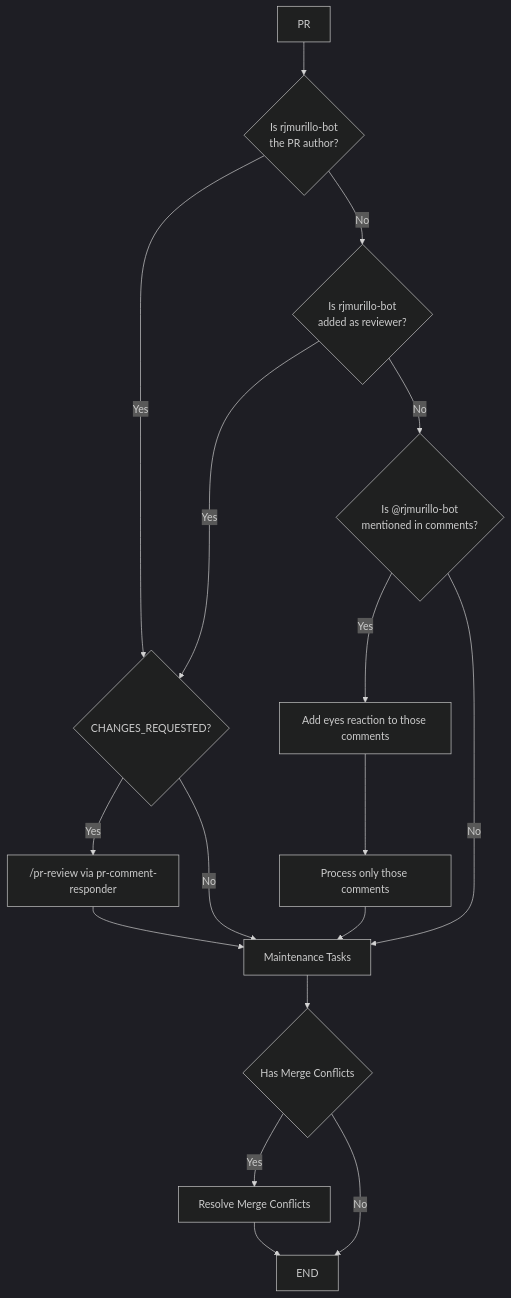
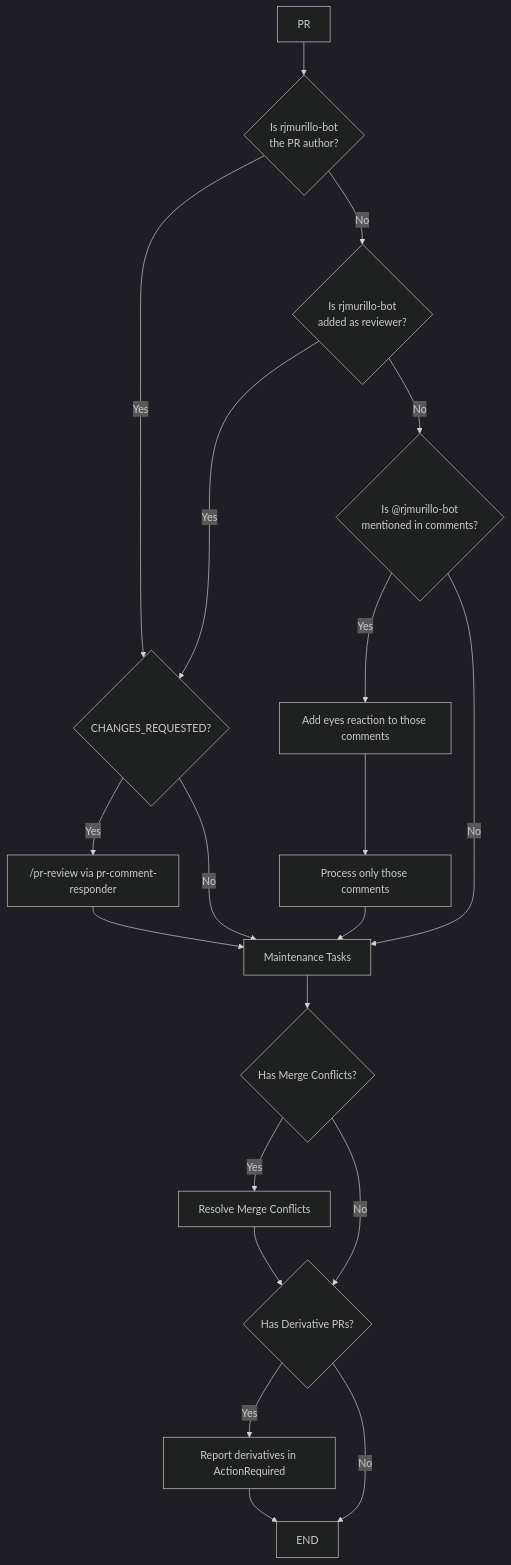
One commit to rjmurillo/ai-agents changed the first of 3 diagrams in .agents/architecture/bot-author-feedback-protocol.md. Above: the diagram before and after it, drawn with Mermaid (dark theme). The commit also changed other lines of this file, not shown here.

Commit message:
fix: update mermaid diagrams with derivative PR handling
Both flowchart and state machine diagrams now include:
- CheckDerivatives state after conflict resolution
- ReportDerivatives action for ActionRequired output
- Clear flow showing derivative PR detection before END

Addresses diagram consistency with the Derivative PRs section
added in 9e18f23.

🤖 Generated with [Claude Code](https://claude.com/claude-code)

````diff
--- a/.agents/architecture/bot-author-feedback-protocol.md
+++ b/.agents/architecture/bot-author-feedback-protocol.md
@@ -71,29 +71,34 @@
 ```mermaid
 flowchart TD
     A[PR] --> B{Is rjmurillo-bot<br/>the PR author?}
 
     B -->|Yes| C{CHANGES_REQUESTED?}
     C -->|Yes| D["/pr-review via pr-comment-responder"]
     C -->|No| M
 
     B -->|No| E{Is rjmurillo-bot<br/>added as reviewer?}
 
     E -->|Yes| C
 
     E -->|No| F{Is @rjmurillo-bot<br/>mentioned in comments?}
 
     F -->|Yes| G[Add eyes reaction to those comments]
     G --> H[Process only those comments]
     H --> M
 
     F -->|No| M
 
     D --> M[Maintenance Tasks]
 
-    M --> O{Has Merge Conflicts}
+    M --> O{Has Merge Conflicts?}
 
     O -->|Yes| L[Resolve Merge Conflicts]
-    O -->|No| Z[END]
+    O -->|No| P
 
-    L --> Z
+    L --> P{Has Derivative PRs?}
+
+    P -->|Yes| Q[Report derivatives in ActionRequired]
+    P -->|No| Z[END]
+
+    Q --> Z
 ```
````
